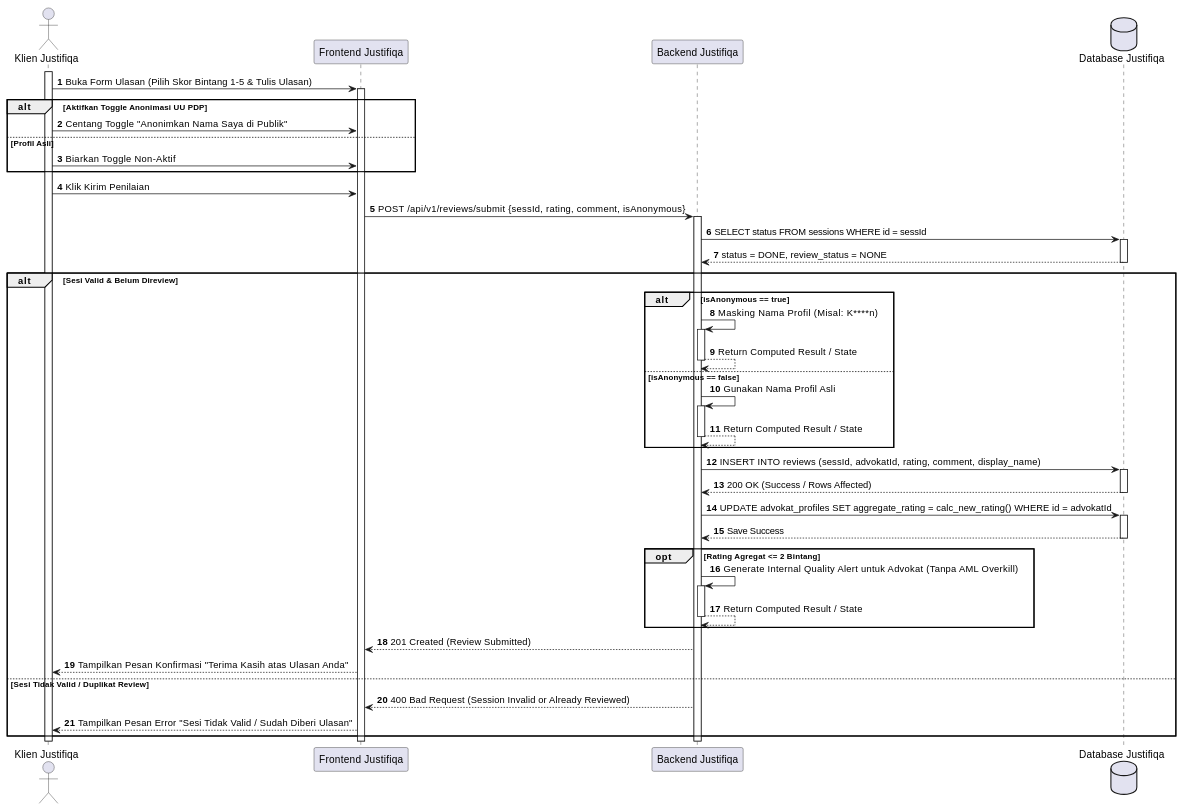
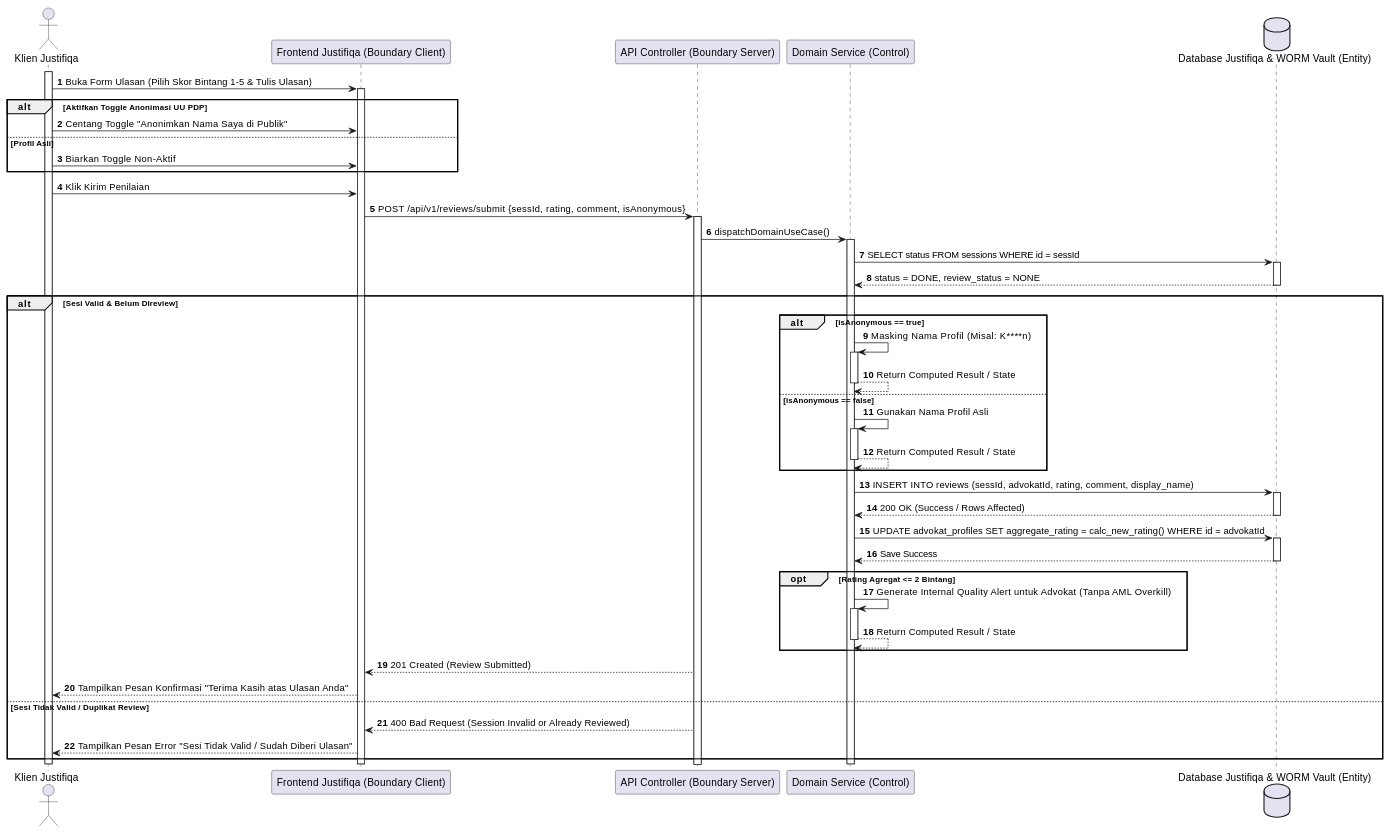
Diagram 13 of 28 in MarkDown/plantuml_sequence_diagrams.md (tupperwureism/SuperApp-Gagal), drawn with PlantUML before and after one commit. The commit also changed other lines of this file and 1 other file, not shown here.

Commit message:
refactor(sequence-diagrams): upgrade all 28 Sequence Diagrams to Component-Level 5-Lifeline BCE Architecture

````diff
--- a/MarkDown/plantuml_sequence_diagrams.md
+++ b/MarkDown/plantuml_sequence_diagrams.md
@@ -1054,49 +868,52 @@
 ```plantuml
 @startuml
 autonumber
 actor "Klien Justifiqa" as Klien
-participant "Frontend Justifiqa" as FE
-participant "Backend Justifiqa" as BE
-database "Database Justifiqa" as DB
+participant "Frontend Justifiqa (Boundary Client)" as B_FE
+participant "API Controller (Boundary Server)" as B_BE
+participant "Domain Service (Control)" as C_Svc
+participant "Backend Justifiqa" as C_Svc
+database "Database Justifiqa & WORM Vault (Entity)" as E_DB
 
 activate Klien
-Klien -> FE ++ : Buka Form Ulasan (Pilih Skor Bintang 1-5 & Tulis Ulasan)
+Klien -> B_FE ++ : Buka Form Ulasan (Pilih Skor Bintang 1-5 & Tulis Ulasan)
 alt Aktifkan Toggle Anonimasi UU PDP
-    Klien -> FE : Centang Toggle "Anonimkan Nama Saya di Publik"
+    Klien -> B_FE : Centang Toggle "Anonimkan Nama Saya di Publik"
 else Profil Asli
-    Klien -> FE : Biarkan Toggle Non-Aktif
+    Klien -> B_FE : Biarkan Toggle Non-Aktif
 end
-Klien -> FE : Klik Kirim Penilaian
-FE -> BE ++ : POST /api/v1/reviews/submit {sessId, rating, comment, isAnonymous}
-BE -> DB ++ : SELECT status FROM sessions WHERE id = sessId
-DB --> BE -- : status = DONE, review_status = NONE
+Klien -> B_FE : Klik Kirim Penilaian
+B_FE -> B_BE ++ : POST /api/v1/reviews/submit {sessId, rating, comment, isAnonymous}
+    B_BE -> C_Svc ++ : dispatchDomainUseCase()
+C_Svc -> E_DB ++ : SELECT status FROM sessions WHERE id = sessId
+E_DB --> C_Svc -- : status = DONE, review_status = NONE
 
 alt Sesi Valid & Belum Direview
     alt isAnonymous == true
-        BE -> BE ++ : Masking Nama Profil (Misal: K****n)
-        BE --> BE -- : Return Computed Result / State
+        C_Svc -> C_Svc ++ : Masking Nama Profil (Misal: K****n)
+        C_Svc --> C_Svc -- : Return Computed Result / State
     else isAnonymous == false
-        BE -> BE ++ : Gunakan Nama Profil Asli
-        BE --> BE -- : Return Computed Result / State
+        C_Svc -> C_Svc ++ : Gunakan Nama Profil Asli
+        C_Svc --> C_Svc -- : Return Computed Result / State
     end
-    BE -> DB ++ : INSERT INTO reviews (sessId, advokatId, rating, comment, display_name)
-    DB --> BE -- : 200 OK (Success / Rows Affected)
-    BE -> DB ++ : UPDATE advokat_profiles SET aggregate_rating = calc_new_rating() WHERE id = advokatId
-    DB --> BE -- : Save Success
+    C_Svc -> E_DB ++ : INSERT INTO reviews (sessId, advokatId, rating, comment, display_name)
+    E_DB --> C_Svc -- : 200 OK (Success / Rows Affected)
+    C_Svc -> E_DB ++ : UPDATE advokat_profiles SET aggregate_rating = calc_new_rating() WHERE id = advokatId
+    E_DB --> C_Svc -- : Save Success
     
     opt Rating Agregat <= 2 Bintang
-        BE -> BE ++ : Generate Internal Quality Alert untuk Advokat (Tanpa AML Overkill)
-        BE --> BE -- : Return Computed Result / State
+        C_Svc -> C_Svc ++ : Generate Internal Quality Alert untuk Advokat (Tanpa AML Overkill)
+        C_Svc --> C_Svc -- : Return Computed Result / State
     end
     
-    BE --> FE : 201 Created (Review Submitted)
-    FE --> Klien : Tampilkan Pesan Konfirmasi "Terima Kasih atas Ulasan Anda"
+    B_BE --> B_FE : 201 Created (Review Submitted)
+    B_FE --> Klien : Tampilkan Pesan Konfirmasi "Terima Kasih atas Ulasan Anda"
 else Sesi Tidak Valid / Duplikat Review
-    BE --> FE : 400 Bad Request (Session Invalid or Already Reviewed)
-    FE --> Klien : Tampilkan Pesan Error "Sesi Tidak Valid / Sudah Diberi Ulasan"
+    B_BE --> B_FE : 400 Bad Request (Session Invalid or Already Reviewed)
+    B_FE --> Klien : Tampilkan Pesan Error "Sesi Tidak Valid / Sudah Diberi Ulasan"
 end
-deactivate BE
-deactivate FE
+deactivate C_Svc
+deactivate B_FE
 deactivate Klien
 @enduml
 ```
````
